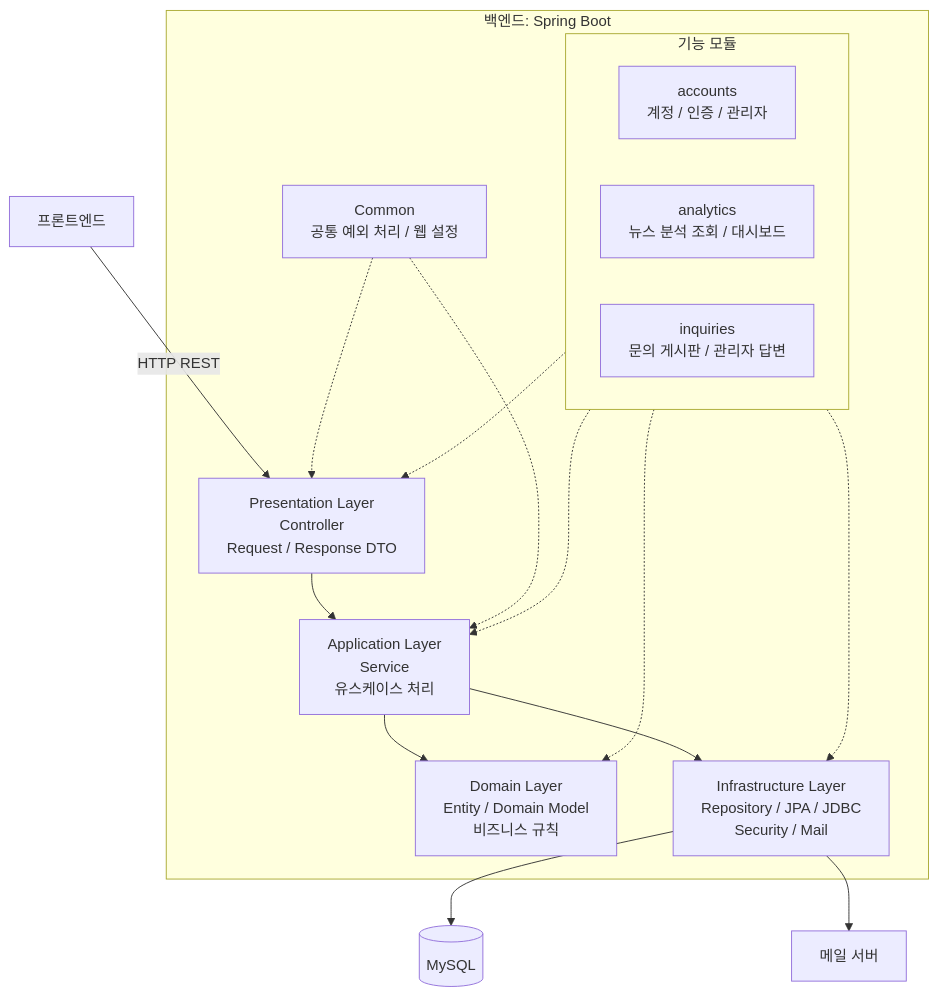
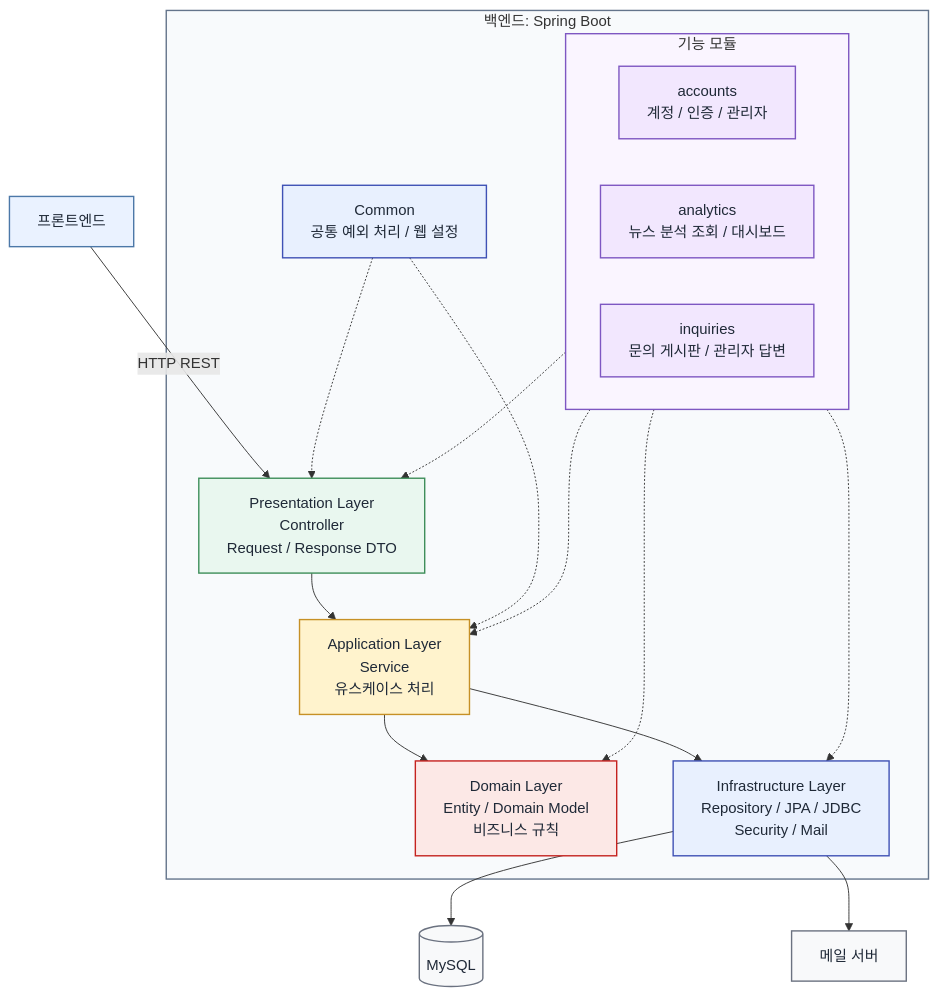
Before and after one commit to sssat/graduation-project: the third of 7 diagrams in docs/architecture-draft.md, drawn with Mermaid. The commit also changed other lines of this file, not shown here.

````diff
--- a/docs/architecture-draft.md
+++ b/docs/architecture-draft.md
@@ -91,35 +127,52 @@
 ```mermaid
 flowchart TB
   Client["프론트엔드"]
 
   subgraph Backend["백엔드: Spring Boot"]
     subgraph FeatureModules["기능 모듈"]
       Accounts["accounts<br/>계정 / 인증 / 관리자"]
       Analytics["analytics<br/>뉴스 분석 조회 / 대시보드"]
       Inquiries["inquiries<br/>문의 게시판 / 관리자 답변"]
     end
 
     Presentation["Presentation Layer<br/>Controller<br/>Request / Response DTO"]
     Application["Application Layer<br/>Service<br/>유스케이스 처리"]
     Domain["Domain Layer<br/>Entity / Domain Model<br/>비즈니스 규칙"]
     Infrastructure["Infrastructure Layer<br/>Repository / JPA / JDBC<br/>Security / Mail"]
     Common["Common<br/>공통 예외 처리 / 웹 설정"]
   end
 
   DB[("MySQL")]
   Mail["메일 서버"]
 
   Client -->|"HTTP REST"| Presentation
   FeatureModules -.-> Presentation
   FeatureModules -.-> Application
   FeatureModules -.-> Domain
   FeatureModules -.-> Infrastructure
 
   Presentation --> Application
   Application --> Domain
   Application --> Infrastructure
   Infrastructure --> DB
   Infrastructure --> Mail
   Common -.-> Presentation
   Common -.-> Application
+
+  classDef client fill:#EAF2FF,stroke:#4C78A8,color:#1F2937,stroke-width:1.5px
+  classDef module fill:#F2E7FE,stroke:#7E57C2,color:#1F2937,stroke-width:1.5px
+  classDef presentation fill:#E9F7EF,stroke:#3E8E5A,color:#1F2937,stroke-width:1.5px
+  classDef application fill:#FFF3CD,stroke:#C69026,color:#1F2937,stroke-width:1.5px
+  classDef domain fill:#FCE8E6,stroke:#C5221F,color:#1F2937,stroke-width:1.5px
+  classDef infra fill:#E8F0FE,stroke:#3F51B5,color:#1F2937,stroke-width:1.5px
+  classDef external fill:#F8F9FA,stroke:#6B7280,color:#1F2937,stroke-width:1.5px
+  class Client client
+  class Accounts,Analytics,Inquiries module
+  class Presentation presentation
+  class Application application
+  class Domain domain
+  class Infrastructure,Common infra
+  class DB,Mail external
+  style Backend fill:#F8FAFC,stroke:#64748B,stroke-width:1.5px
+  style FeatureModules fill:#FAF5FF,stroke:#7E57C2,stroke-width:1.5px
 ```
````
